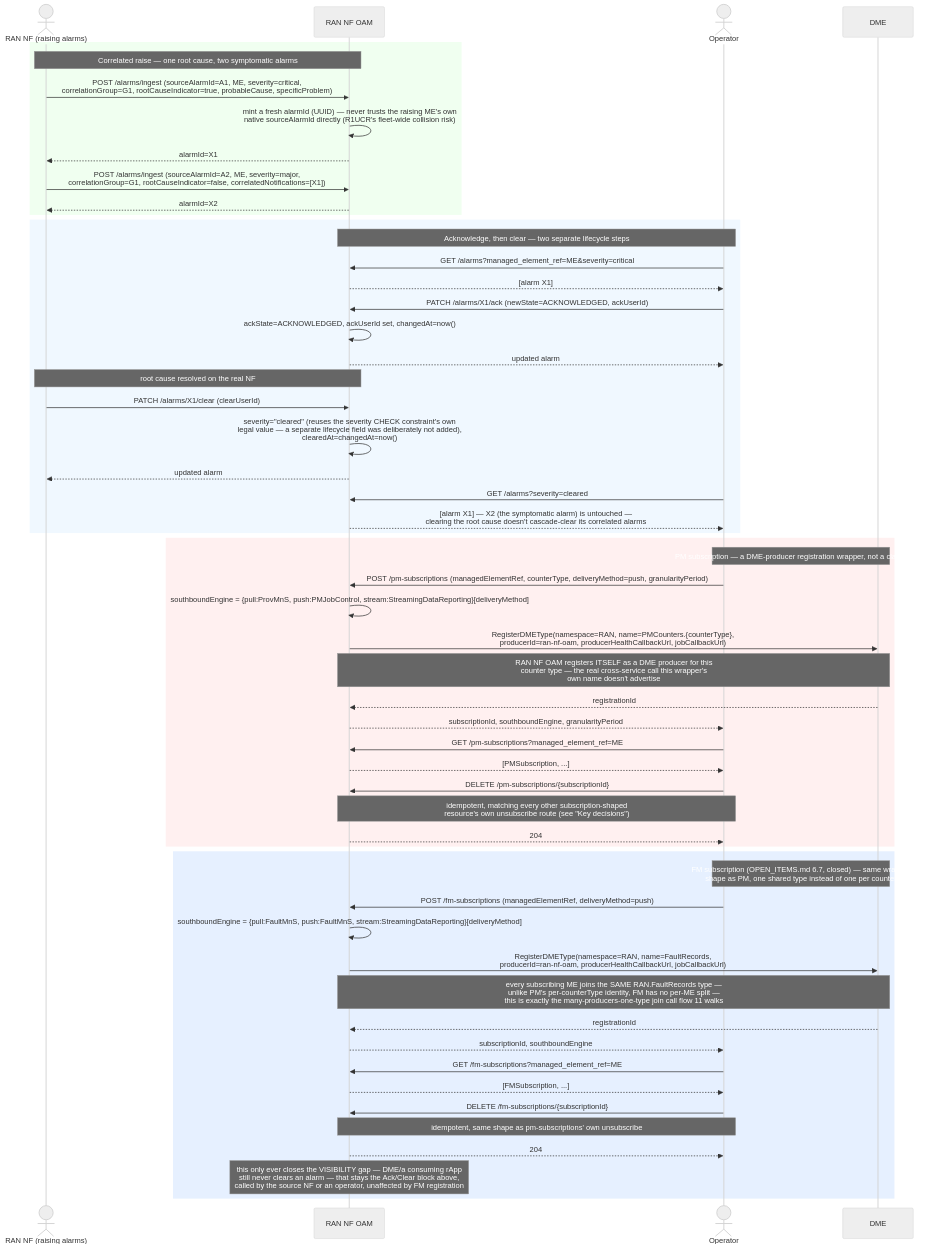
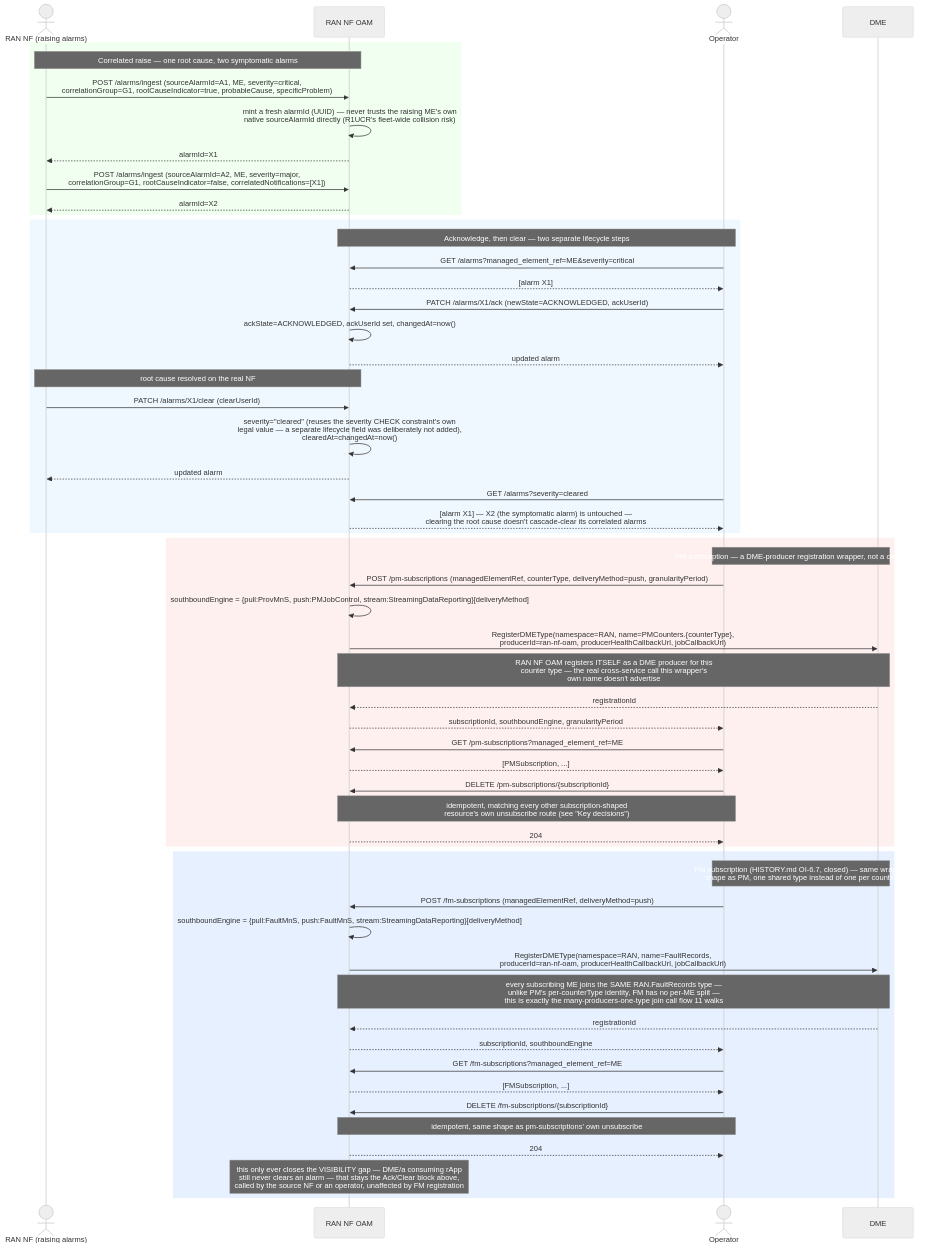
The diagram in smo/docs/call-flows/20-alarm-pm-subscription-lifecycle.md (rsys-bshankar/ai-ran-ref), drawn with Mermaid (neutral theme) before and after one commit. The commit also changed other lines of this file and 24 other files, not shown here.

First line of the commit message:
Docs cleanup: call flows describe the current behaviour

````diff
--- a/smo/docs/call-flows/20-alarm-pm-subscription-lifecycle.md
+++ b/smo/docs/call-flows/20-alarm-pm-subscription-lifecycle.md
@@ -11,66 +10,66 @@
 ```mermaid
 sequenceDiagram
     actor Source as RAN NF (raising alarms)
     participant NFOAM as RAN NF OAM
     actor Operator
     participant DME as DME
 
     rect rgb(240, 255, 240)
     Note over Source,NFOAM: Correlated raise — one root cause, two symptomatic alarms
     Source->>NFOAM: POST /alarms/ingest (sourceAlarmId=A1, ME, severity=critical,<br/>correlationGroup=G1, rootCauseIndicator=true, probableCause, specificProblem)
     NFOAM->>NFOAM: mint a fresh alarmId (UUID) — never trusts the raising ME's own<br/>native sourceAlarmId directly (R1UCR's fleet-wide collision risk)
     NFOAM-->>Source: alarmId=X1
     Source->>NFOAM: POST /alarms/ingest (sourceAlarmId=A2, ME, severity=major,<br/>correlationGroup=G1, rootCauseIndicator=false, correlatedNotifications=[X1])
     NFOAM-->>Source: alarmId=X2
     end
 
     rect rgb(240, 248, 255)
     Note over Operator,NFOAM: Acknowledge, then clear — two separate lifecycle steps
     Operator->>NFOAM: GET /alarms?managed_element_ref=ME&severity=critical
     NFOAM-->>Operator: [alarm X1]
     Operator->>NFOAM: PATCH /alarms/X1/ack (newState=ACKNOWLEDGED, ackUserId)
     NFOAM->>NFOAM: ackState=ACKNOWLEDGED, ackUserId set, changedAt=now()
     NFOAM-->>Operator: updated alarm
 
     Note over Source,NFOAM: root cause resolved on the real NF
     Source->>NFOAM: PATCH /alarms/X1/clear (clearUserId)
     NFOAM->>NFOAM: severity="cleared" (reuses the severity CHECK constraint's own<br/>legal value — a separate lifecycle field was deliberately not added),<br/>clearedAt=changedAt=now()
     NFOAM-->>Source: updated alarm
 
     Operator->>NFOAM: GET /alarms?severity=cleared
     NFOAM-->>Operator: [alarm X1] — X2 (the symptomatic alarm) is untouched —<br/>clearing the root cause doesn't cascade-clear its correlated alarms
     end
 
     rect rgb(255, 240, 240)
     Note over Operator,DME: PM subscription — a DME-producer registration wrapper, not a clause-8 job
     Operator->>NFOAM: POST /pm-subscriptions (managedElementRef, counterType, deliveryMethod=push, granularityPeriod)
     NFOAM->>NFOAM: southboundEngine = {pull:ProvMnS, push:PMJobControl, stream:StreamingDataReporting}[deliveryMethod]
     NFOAM->>DME: RegisterDMEType(namespace=RAN, name=PMCounters.{counterType},<br/>producerId=ran-nf-oam, producerHealthCallbackUrl, jobCallbackUrl)
     Note over NFOAM,DME: RAN NF OAM registers ITSELF as a DME producer for this<br/>counter type — the real cross-service call this wrapper's<br/>own name doesn't advertise
     DME-->>NFOAM: registrationId
     NFOAM-->>Operator: subscriptionId, southboundEngine, granularityPeriod
 
     Operator->>NFOAM: GET /pm-subscriptions?managed_element_ref=ME
     NFOAM-->>Operator: [PMSubscription, ...]
     Operator->>NFOAM: DELETE /pm-subscriptions/{subscriptionId}
     Note over Operator,NFOAM: idempotent, matching every other subscription-shaped<br/>resource's own unsubscribe route (see "Key decisions")
     NFOAM-->>Operator: 204
     end
 
     rect rgb(230, 240, 255)
-    Note over Operator,DME: FM subscription (OPEN_ITEMS.md 6.7, closed) — same wrapper<br/>shape as PM, one shared type instead of one per counter
+    Note over Operator,DME: FM subscription (HISTORY.md OI-6.7, closed) — same wrapper<br/>shape as PM, one shared type instead of one per counter
     Operator->>NFOAM: POST /fm-subscriptions (managedElementRef, deliveryMethod=push)
     NFOAM->>NFOAM: southboundEngine = {pull:FaultMnS, push:FaultMnS, stream:StreamingDataReporting}[deliveryMethod]
     NFOAM->>DME: RegisterDMEType(namespace=RAN, name=FaultRecords,<br/>producerId=ran-nf-oam, producerHealthCallbackUrl, jobCallbackUrl)
     Note over NFOAM,DME: every subscribing ME joins the SAME RAN.FaultRecords type —<br/>unlike PM's per-counterType identity, FM has no per-ME split —<br/>this is exactly the many-producers-one-type join call flow 11 walks
     DME-->>NFOAM: registrationId
     NFOAM-->>Operator: subscriptionId, southboundEngine
 
     Operator->>NFOAM: GET /fm-subscriptions?managed_element_ref=ME
     NFOAM-->>Operator: [FMSubscription, ...]
     Operator->>NFOAM: DELETE /fm-subscriptions/{subscriptionId}
     Note over Operator,NFOAM: idempotent, same shape as pm-subscriptions' own unsubscribe
     NFOAM-->>Operator: 204
     Note over NFOAM: this only ever closes the VISIBILITY gap — DME/a consuming rApp<br/>still never clears an alarm — that stays the Ack/Clear block above,<br/>called by the source NF or an operator, unaffected by FM registration
     end
 ```
````
